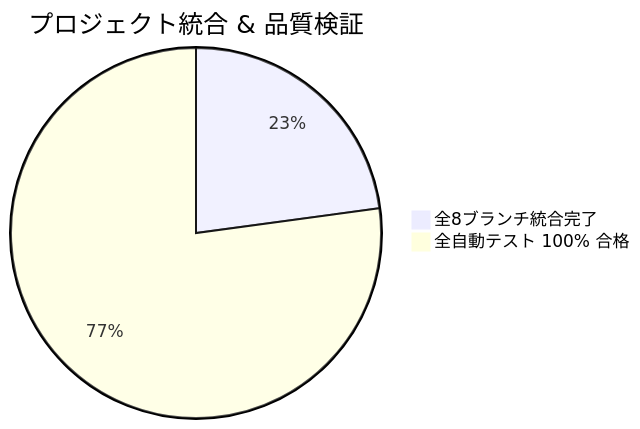
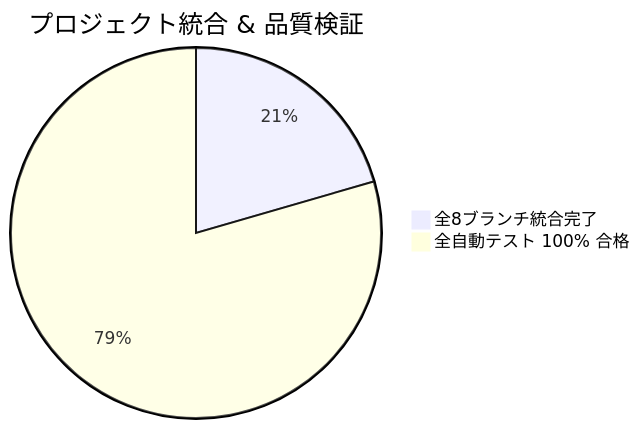
Before and after one commit to maho011933/tizu1: the diagram in BRANCH_STATUS.md, drawn with Mermaid. The commit also changed other lines of this file and 8 other files, not shown here.

````diff
--- a/BRANCH_STATUS.md
+++ b/BRANCH_STATUS.md
@@ -11,5 +11,5 @@
 ```mermaid
 pie title プロジェクト統合 & 品質検証
     "全8ブランチ統合完了" : 8
-    "全自動テスト 100% 合格" : 27
+    "全自動テスト 100% 合格" : 31
 ```
````
